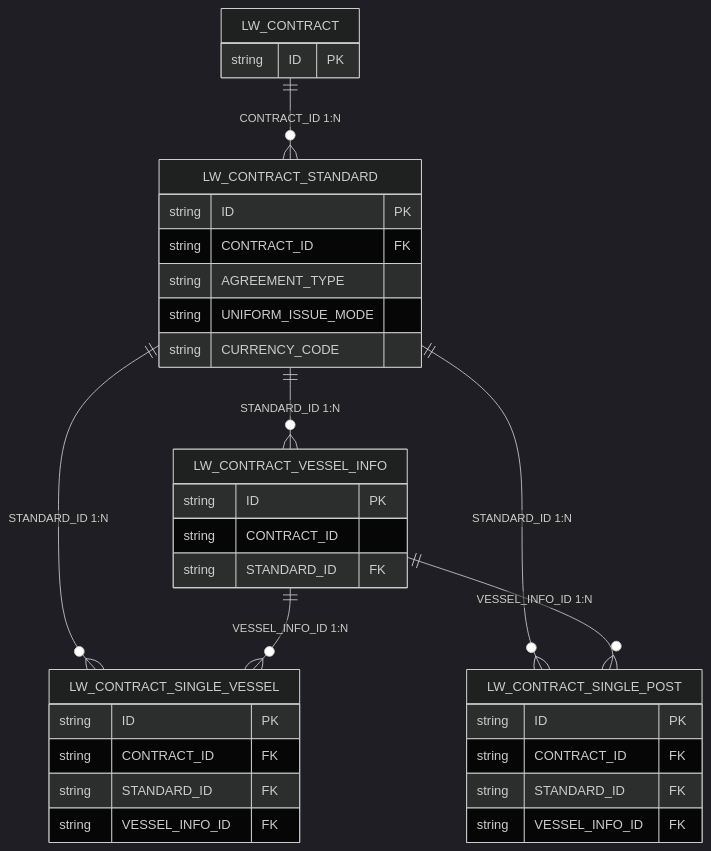
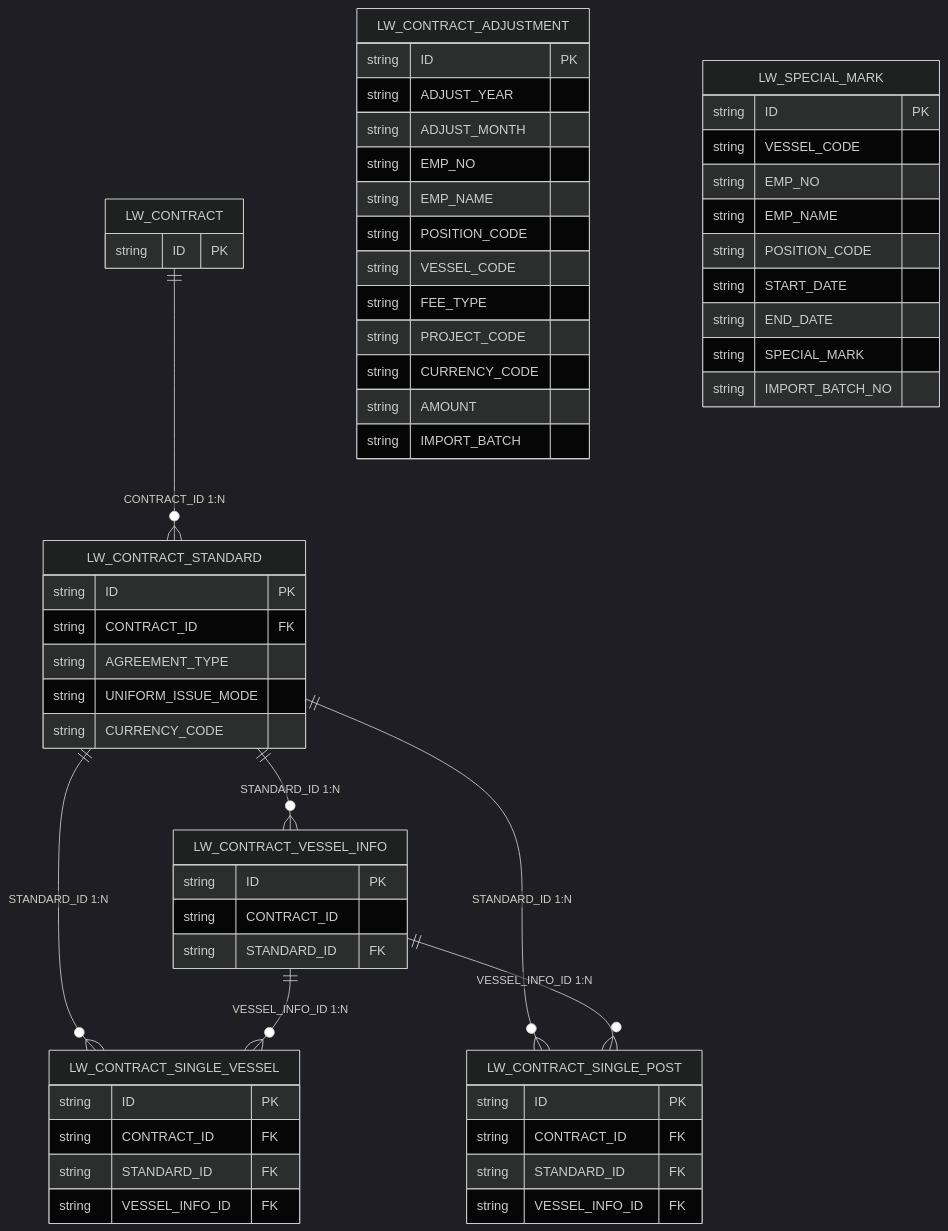
Before and after one commit to leftZuokp/lw-contract-page-design: the diagram in README.md, drawn with Mermaid (dark theme). The commit also changed other lines of this file and 5 other files, not shown here.

Commit message:
docs: 同步 2026-10-19 版 DDL——新增调补维护 LW_CONTRACT_ADJUSTMENT(10-16 改版:一行一笔金额+年/月+项目,FEE_TYPE 联动项目字典)与船员特殊标记 LW_SPECIAL_MARK(字典 BUSINESS_CONTRACT_MARK)；补字典 LW_ADJUST_FEE_TYPE/LW_APPOINT_TO/LW_OTHER/CURRENCY；修复金额字段类型截断显示为 NUMBER(18,2)

````diff
--- a/README.md
+++ b/README.md
@@ -31,26 +40,47 @@
 ```mermaid
 erDiagram
     LW_CONTRACT ||--o{ LW_CONTRACT_STANDARD : "CONTRACT_ID 1:N"
     LW_CONTRACT_STANDARD ||--o{ LW_CONTRACT_VESSEL_INFO : "STANDARD_ID 1:N"
     LW_CONTRACT_STANDARD ||--o{ LW_CONTRACT_SINGLE_VESSEL : "STANDARD_ID 1:N"
     LW_CONTRACT_STANDARD ||--o{ LW_CONTRACT_SINGLE_POST : "STANDARD_ID 1:N"
     LW_CONTRACT_VESSEL_INFO ||--o{ LW_CONTRACT_SINGLE_VESSEL : "VESSEL_INFO_ID 1:N"
     LW_CONTRACT_VESSEL_INFO ||--o{ LW_CONTRACT_SINGLE_POST : "VESSEL_INFO_ID 1:N"
     LW_CONTRACT { string ID PK }
     LW_CONTRACT_STANDARD { string ID PK }
     LW_CONTRACT_STANDARD { string CONTRACT_ID FK }
     LW_CONTRACT_STANDARD { string AGREEMENT_TYPE }
     LW_CONTRACT_STANDARD { string UNIFORM_ISSUE_MODE }
     LW_CONTRACT_STANDARD { string CURRENCY_CODE }
     LW_CONTRACT_VESSEL_INFO { string ID PK }
     LW_CONTRACT_VESSEL_INFO { string CONTRACT_ID }
     LW_CONTRACT_VESSEL_INFO { string STANDARD_ID FK }
     LW_CONTRACT_SINGLE_VESSEL { string ID PK }
     LW_CONTRACT_SINGLE_VESSEL { string CONTRACT_ID FK }
     LW_CONTRACT_SINGLE_VESSEL { string STANDARD_ID FK }
     LW_CONTRACT_SINGLE_VESSEL { string VESSEL_INFO_ID FK }
     LW_CONTRACT_SINGLE_POST { string ID PK }
     LW_CONTRACT_SINGLE_POST { string CONTRACT_ID FK }
     LW_CONTRACT_SINGLE_POST { string STANDARD_ID FK }
     LW_CONTRACT_SINGLE_POST { string VESSEL_INFO_ID FK }
+    LW_CONTRACT_ADJUSTMENT { string ID PK }
+    LW_CONTRACT_ADJUSTMENT { string ADJUST_YEAR }
+    LW_CONTRACT_ADJUSTMENT { string ADJUST_MONTH }
+    LW_CONTRACT_ADJUSTMENT { string EMP_NO }
+    LW_CONTRACT_ADJUSTMENT { string EMP_NAME }
+    LW_CONTRACT_ADJUSTMENT { string POSITION_CODE }
+    LW_CONTRACT_ADJUSTMENT { string VESSEL_CODE }
+    LW_CONTRACT_ADJUSTMENT { string FEE_TYPE }
+    LW_CONTRACT_ADJUSTMENT { string PROJECT_CODE }
+    LW_CONTRACT_ADJUSTMENT { string CURRENCY_CODE }
+    LW_CONTRACT_ADJUSTMENT { string AMOUNT }
+    LW_CONTRACT_ADJUSTMENT { string IMPORT_BATCH }
+    LW_SPECIAL_MARK { string ID PK }
+    LW_SPECIAL_MARK { string VESSEL_CODE }
+    LW_SPECIAL_MARK { string EMP_NO }
+    LW_SPECIAL_MARK { string EMP_NAME }
+    LW_SPECIAL_MARK { string POSITION_CODE }
+    LW_SPECIAL_MARK { string START_DATE }
+    LW_SPECIAL_MARK { string END_DATE }
+    LW_SPECIAL_MARK { string SPECIAL_MARK }
+    LW_SPECIAL_MARK { string IMPORT_BATCH_NO }
 ```
````
